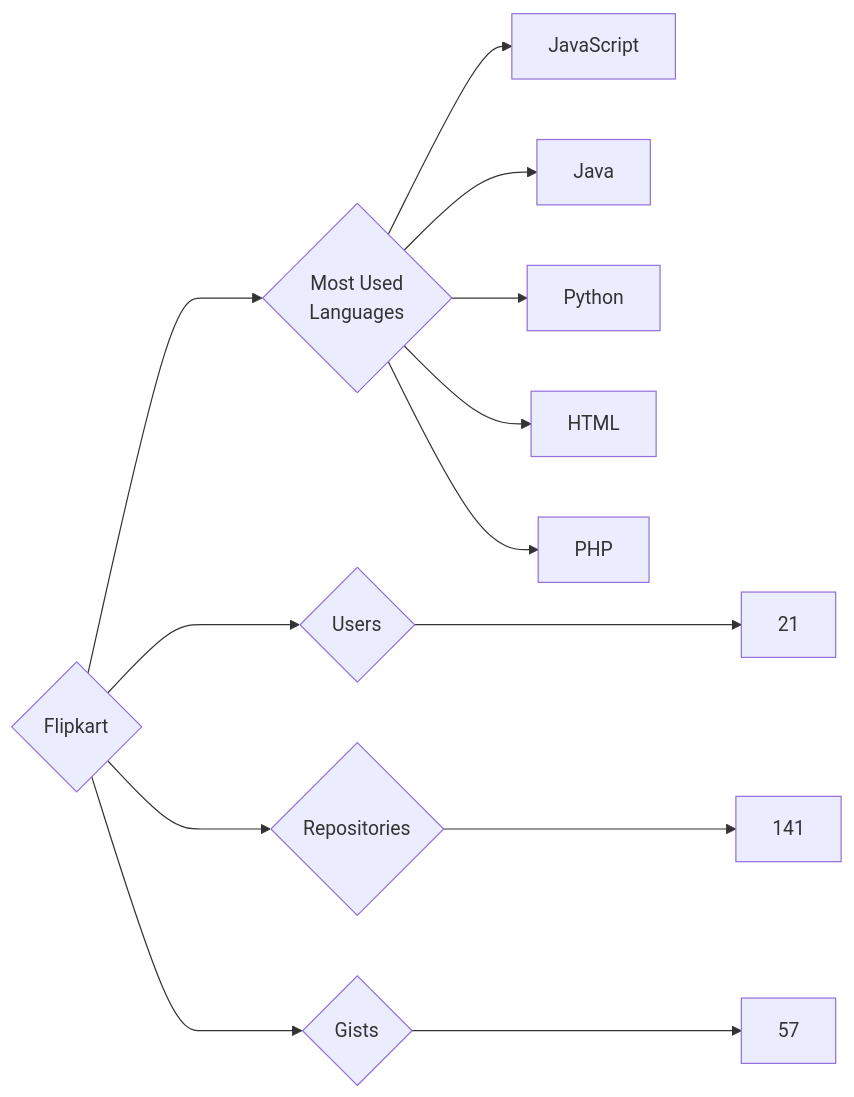
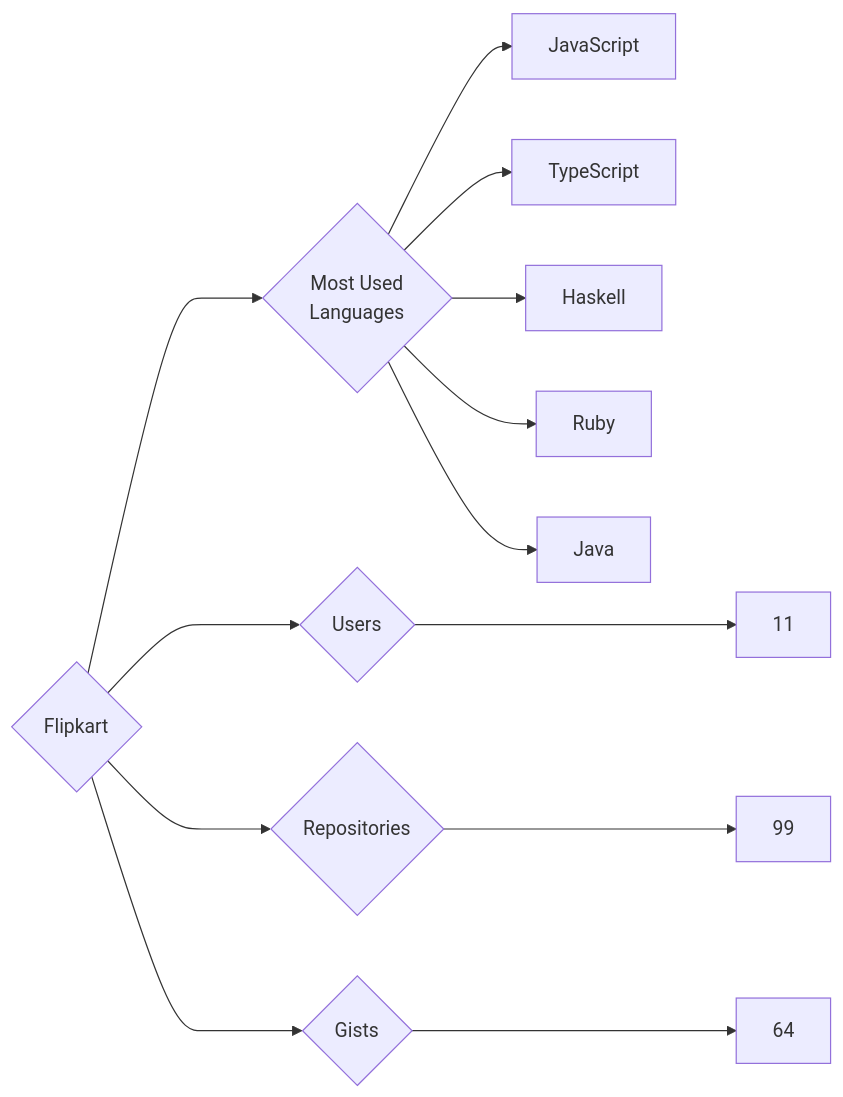
Before and after one commit to trickest/insiders: the diagram in targets/Flipkart/README.md, drawn with Mermaid. The commit also changed 1084 other files, not shown here.

````diff
--- a/targets/Flipkart/README.md
+++ b/targets/Flipkart/README.md
@@ -3,13 +3,13 @@
 ```mermaid
 graph LR
 COMPANY_NAME{Flipkart}
-COMPANY_NAME ---> U{Users} ---> UN[21]
-COMPANY_NAME ---> R{Repositories} ---> RN[141]
-COMPANY_NAME ---> G{Gists} ---> GN[57]
+COMPANY_NAME ---> U{Users} ---> UN[11]
+COMPANY_NAME ---> R{Repositories} ---> RN[99]
+COMPANY_NAME ---> G{Gists} ---> GN[64]
 COMPANY_NAME ---> ML{Most Used<br>Languages}
 ML --> JavaScript[JavaScript]
+ML --> TypeScript[TypeScript]
+ML --> Haskell[Haskell]
+ML --> Ruby[Ruby]
 ML --> Java[Java]
-ML --> Python[Python]
-ML --> HTML[HTML]
-ML --> PHP[PHP]
 ```
````
